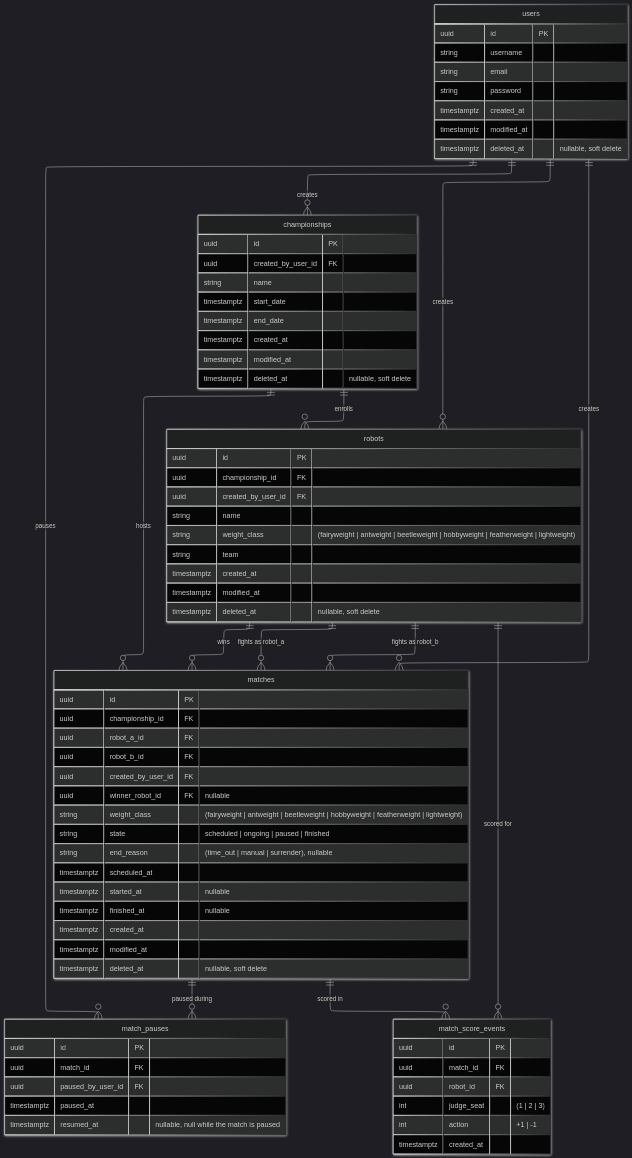
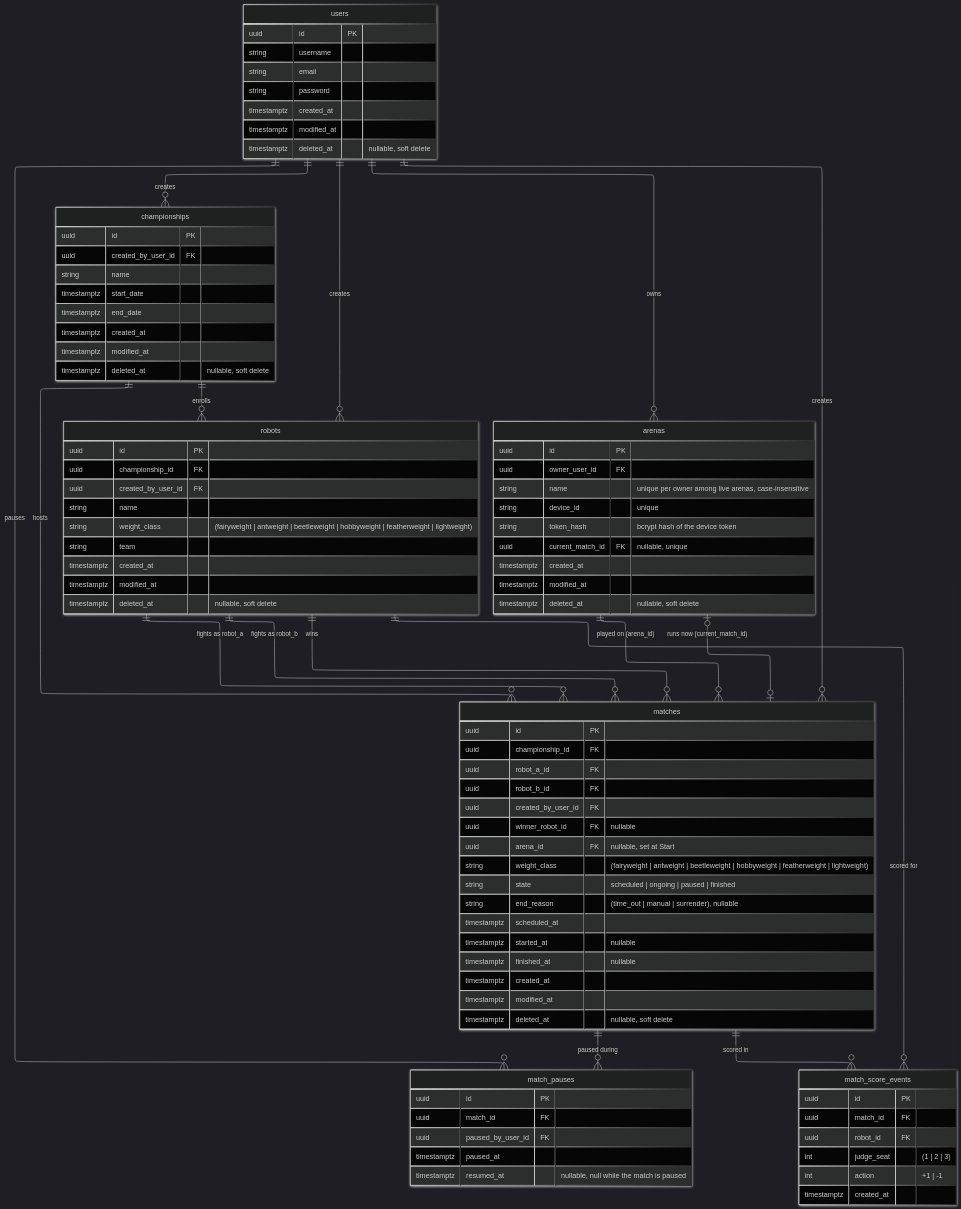
Before and after one commit to UTFPR-Oficinas-2/crossliseu: the diagram in docs/database-model.md, drawn with Mermaid (dark theme). The commit also changed other lines of this file and 65 other files, not shown here.

```diff
--- a/docs/database-model.md
+++ b/docs/database-model.md
@@ -25,11 +38,14 @@
   users ||--o{ championships : creates
   users ||--o{ matches : creates
   users ||--o{ robots : creates
+  users ||--o{ arenas : owns
   matches ||--o{ match_pauses : "paused during"
   users ||--o{ match_pauses : pauses
   matches ||--o{ match_score_events : "scored in"
   robots  ||--o{ match_score_events : "scored for"
   robots ||--o{ matches : "wins"
+  arenas |o--o| matches : "runs now (current_match_id)"
+  arenas ||--o{ matches : "played on (arena_id)"
 
   users {
     uuid id PK
@@ -68,12 +84,24 @@
     uuid robot_b_id FK
     uuid created_by_user_id FK
     uuid winner_robot_id FK "nullable"
+    uuid arena_id FK "nullable, set at Start"
     string weight_class "(fairyweight | antweight | beetleweight | hobbyweight | featherweight | lightweight)"
     string state "scheduled | ongoing | paused | finished"
     string end_reason "(time_out | manual | surrender), nullable"
     timestamptz scheduled_at
     timestamptz started_at "nullable"
     timestamptz finished_at "nullable"
+    timestamptz created_at
+    timestamptz modified_at
+    timestamptz deleted_at "nullable, soft delete"
+  }
+  arenas {
+    uuid id PK
+    uuid owner_user_id FK
+    string name "unique per owner among live arenas, case-insensitive"
+    string device_id "unique"
+    string token_hash "bcrypt hash of the device token"
+    uuid current_match_id FK "nullable, unique"
     timestamptz created_at
     timestamptz modified_at
     timestamptz deleted_at "nullable, soft delete"
```
